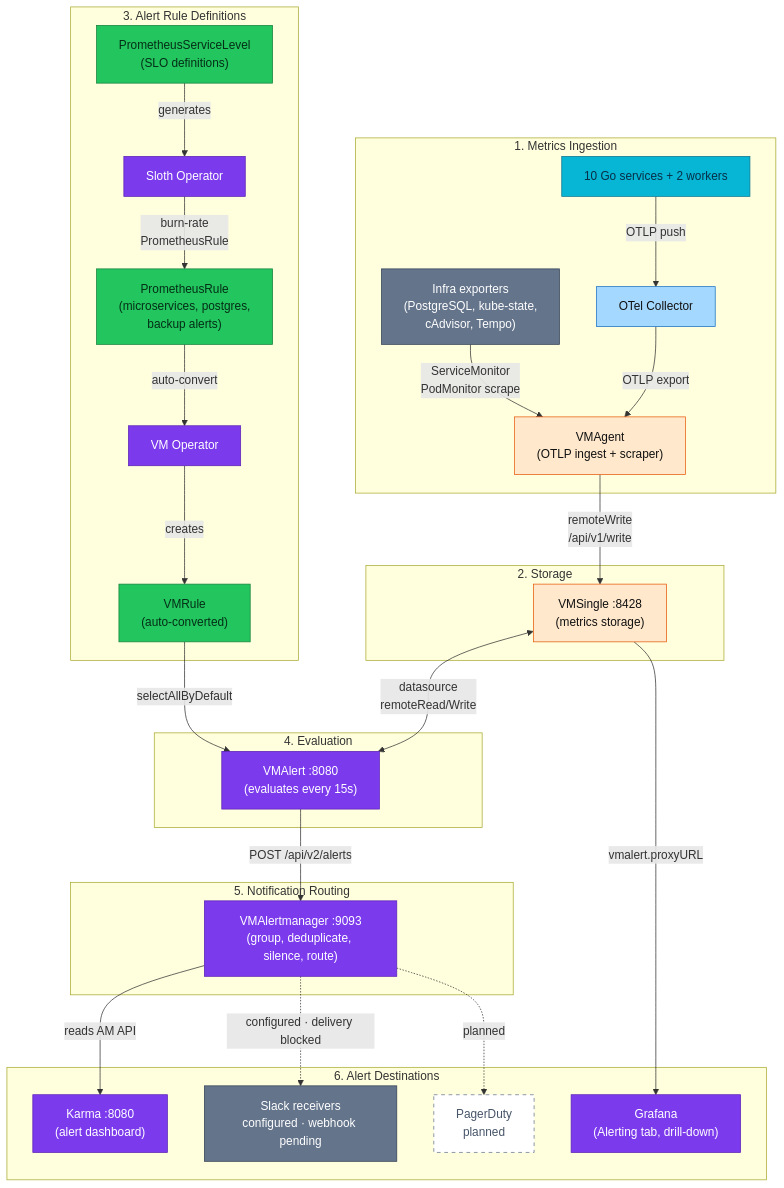
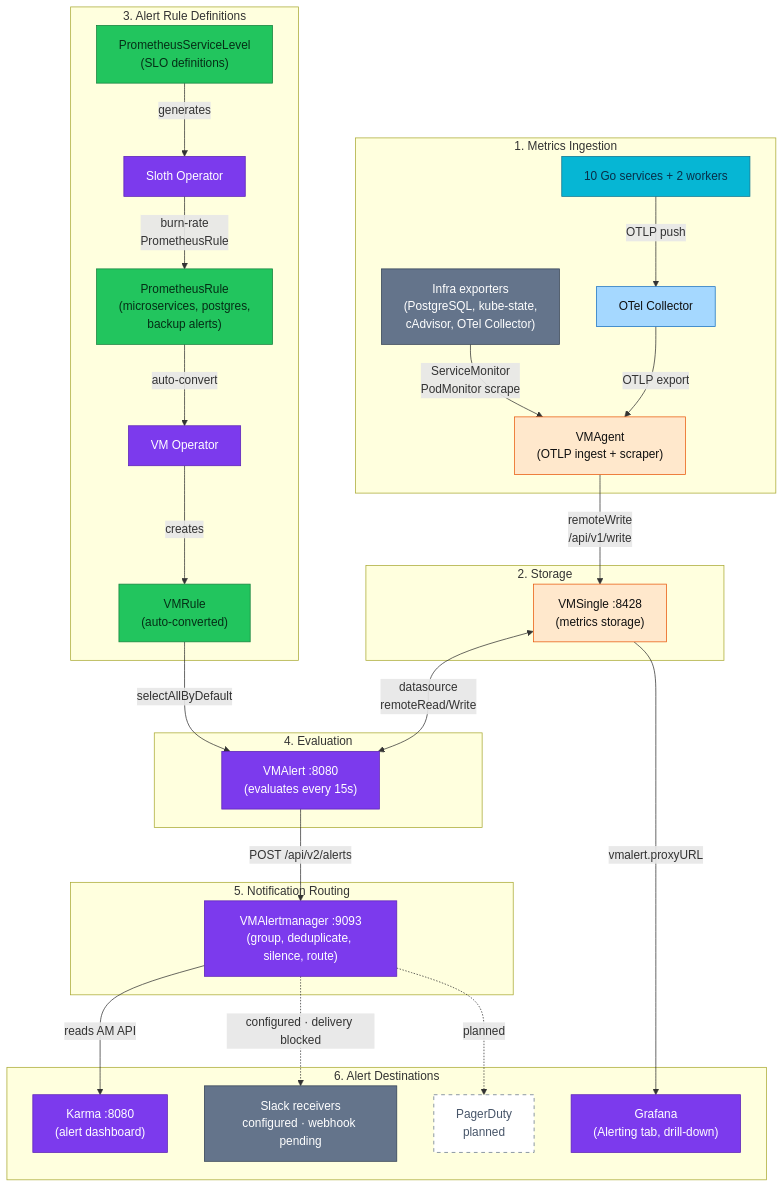
Before and after one commit to duynhlab/homelab: the first of 3 diagrams in docs/observability/alerting/README.md, drawn with Mermaid. The commit also changed 57 other files, not shown here.

````diff
--- a/docs/observability/alerting/README.md
+++ b/docs/observability/alerting/README.md
@@ -9,68 +9,68 @@
 ```mermaid
 flowchart TD
     subgraph ingestion ["1. Metrics Ingestion"]
         Apps["10 Go services + 2 workers"]
-        Infra["Infra exporters<br/>(PostgreSQL, kube-state,<br/>cAdvisor, Tempo)"]
+        Infra["Infra exporters<br/>(PostgreSQL, kube-state,<br/>cAdvisor, OTel Collector)"]
         OTEL["OTel Collector"]
         VMAgent["VMAgent<br/>(OTLP ingest + scraper)"]
         Apps -->|"OTLP push"| OTEL
         OTEL -->|"OTLP export"| VMAgent
         Infra -->|"ServiceMonitor<br/>PodMonitor scrape"| VMAgent
     end
 
     subgraph storage ["2. Storage"]
         VMSingle["VMSingle :8428<br/>(metrics storage)"]
         VMAgent -->|"remoteWrite<br/>/api/v1/write"| VMSingle
     end
 
     subgraph rules ["3. Alert Rule Definitions"]
         PR["PrometheusRule<br/>(microservices, postgres,<br/>backup alerts)"]
         PSL["PrometheusServiceLevel<br/>(SLO definitions)"]
         Sloth["Sloth Operator"]
         VMOp["VM Operator"]
         VMRule["VMRule<br/>(auto-converted)"]
 
         PSL -->|generates| Sloth
         Sloth -->|"burn-rate<br/>PrometheusRule"| PR
         PR -->|auto-convert| VMOp
         VMOp -->|creates| VMRule
     end
 
     subgraph evaluation ["4. Evaluation"]
         VMAlert["VMAlert :8080<br/>(evaluates every 15s)"]
         VMRule -->|selectAllByDefault| VMAlert
         VMSingle <-->|"datasource<br/>remoteRead/Write"| VMAlert
     end
 
     subgraph notification ["5. Notification Routing"]
         VMAM["VMAlertmanager :9093<br/>(group, deduplicate, silence, route)"]
         VMAlert -->|"POST /api/v2/alerts"| VMAM
     end
 
     subgraph destinations ["6. Alert Destinations"]
         Karma["Karma :8080<br/>(alert dashboard)"]
         Grafana["Grafana<br/>(Alerting tab, drill-down)"]
         Slack["Slack receivers<br/>configured · webhook pending"]
         PagerDuty["PagerDuty<br/>planned"]
 
         VMAM -->|"reads AM API"| Karma
         VMSingle -->|"vmalert.proxyURL"| Grafana
         VMAM -.->|"configured · delivery blocked"| Slack
         VMAM -.->|"planned"| PagerDuty
     end
 
     classDef service fill:#06b6d4,color:#082f49,stroke:#0e7490;
     classDef platform fill:#7c3aed,color:#fff,stroke:#5b21b6;
     classDef external fill:#64748b,color:#fff,stroke:#334155;
     classDef metric fill:#ffe8cc,color:#111,stroke:#e8590c;
     classDef collector fill:#a5d8ff,color:#111,stroke:#1971c2;
     classDef data fill:#22c55e,color:#052e16,stroke:#15803d;
     classDef planned fill:#fff,color:#475569,stroke:#64748b,stroke-dasharray:5 5;
     class Apps service;
     class OTEL collector;
     class VMAgent,VMSingle metric;
     class PR,PSL,VMRule data;
     class Sloth,VMOp,VMAlert,VMAM,Karma,Grafana platform;
     class Infra,Slack external;
     class PagerDuty planned;
 ```
````
